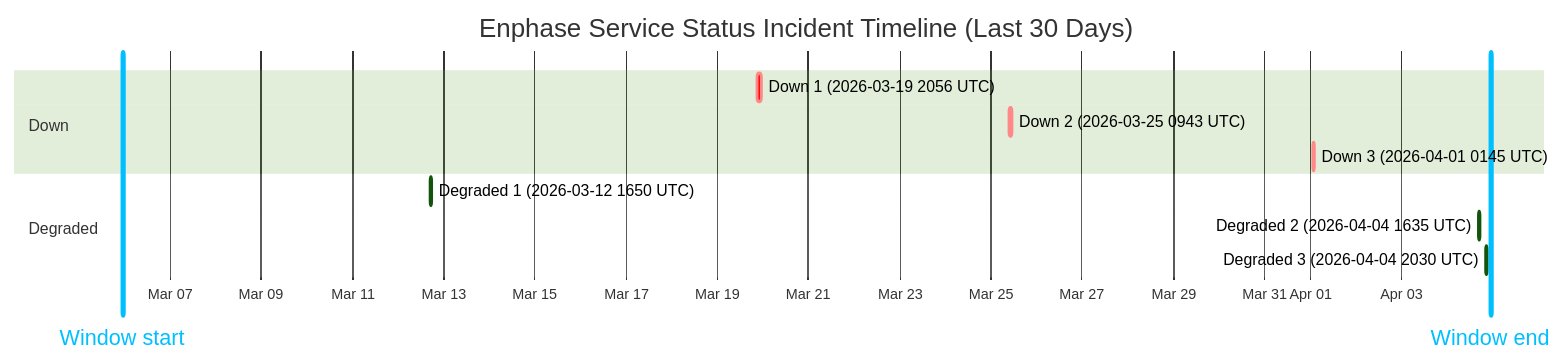
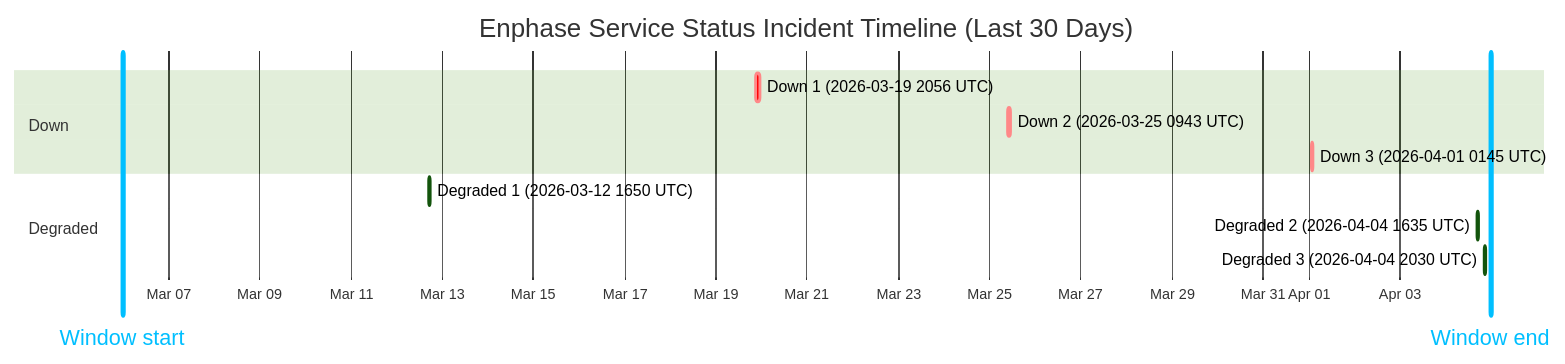
Before and after one commit to barneyonline/ha-enphase-ev-charger: the diagram in wiki/Service-Status-History.md, drawn with Mermaid (forest theme). The commit also changed other lines of this file and 3 other files, not shown here.

````diff
--- a/wiki/Service-Status-History.md
+++ b/wiki/Service-Status-History.md
@@ -14,16 +14,16 @@
 ```mermaid
 gantt
     title Enphase Service Status Incident Timeline (Last 30 Days)
     dateFormat  YYYY-MM-DDTHH:mm:ss
     axisFormat  %b %d
-    Window start :vert, window-start, 2026-03-05T22:59:21, 0ms
-    Window end :vert, window-end, 2026-04-04T22:59:21, 0ms
+    Window start :vert, window-start, 2026-03-05T23:40:00, 0ms
+    Window end :vert, window-end, 2026-04-04T23:40:00, 0ms
     section Down
     Down 1 (2026-03-19 2056 UTC) :crit, down-1, 2026-03-19T20:56:20, 145m
     Down 2 (2026-03-25 0943 UTC) :crit, down-2, 2026-03-25T09:43:28, 111m
     Down 3 (2026-04-01 0145 UTC) :crit, down-3, 2026-04-01T01:45:09, 60m
     section Degraded
     Degraded 1 (2026-03-12 1650 UTC) :active, degraded-1, 2026-03-12T16:50:43, 60m
     Degraded 2 (2026-04-04 1635 UTC) :active, degraded-2, 2026-04-04T16:35:17, 60m
     Degraded 3 (2026-04-04 2030 UTC) :active, degraded-3, 2026-04-04T20:30:40, 60m
 ```
````
